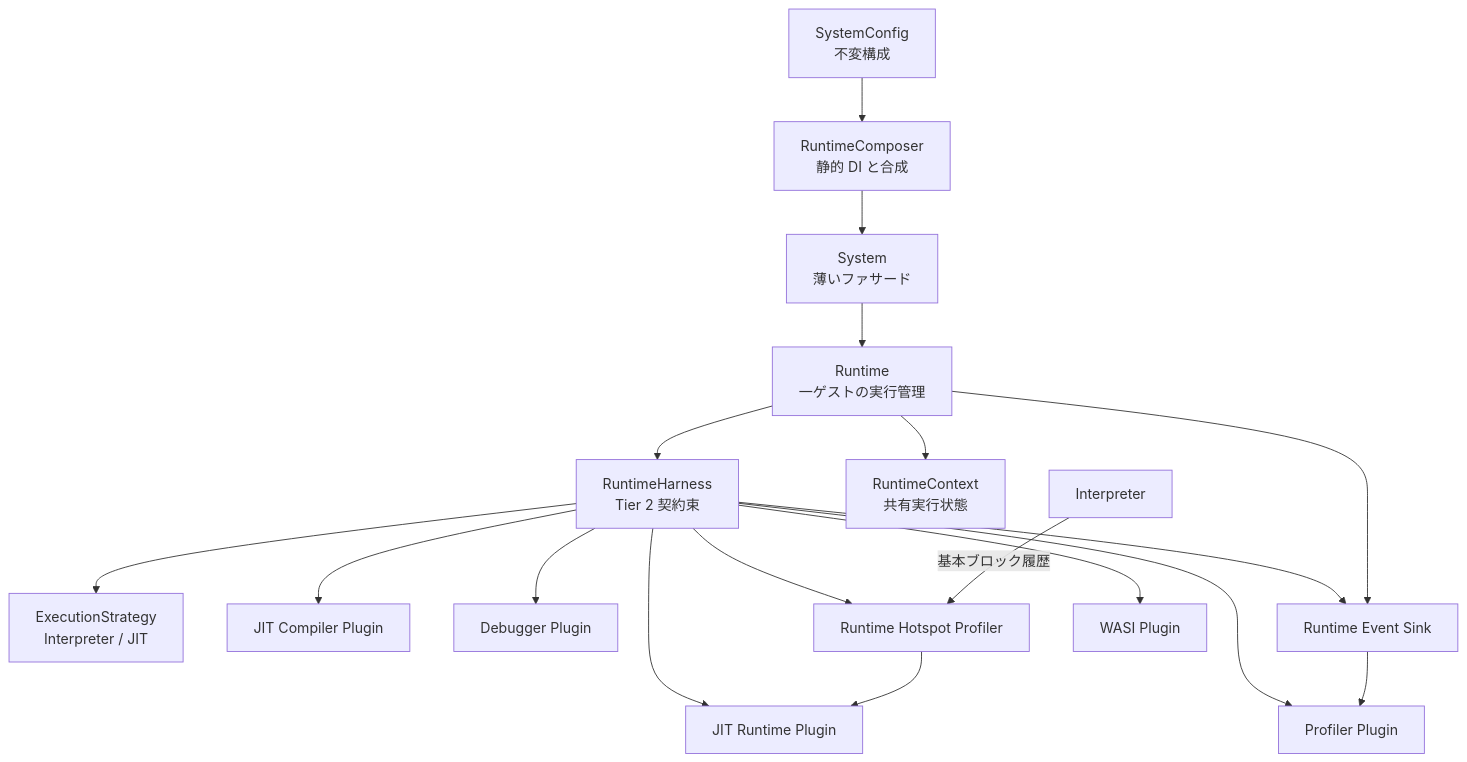
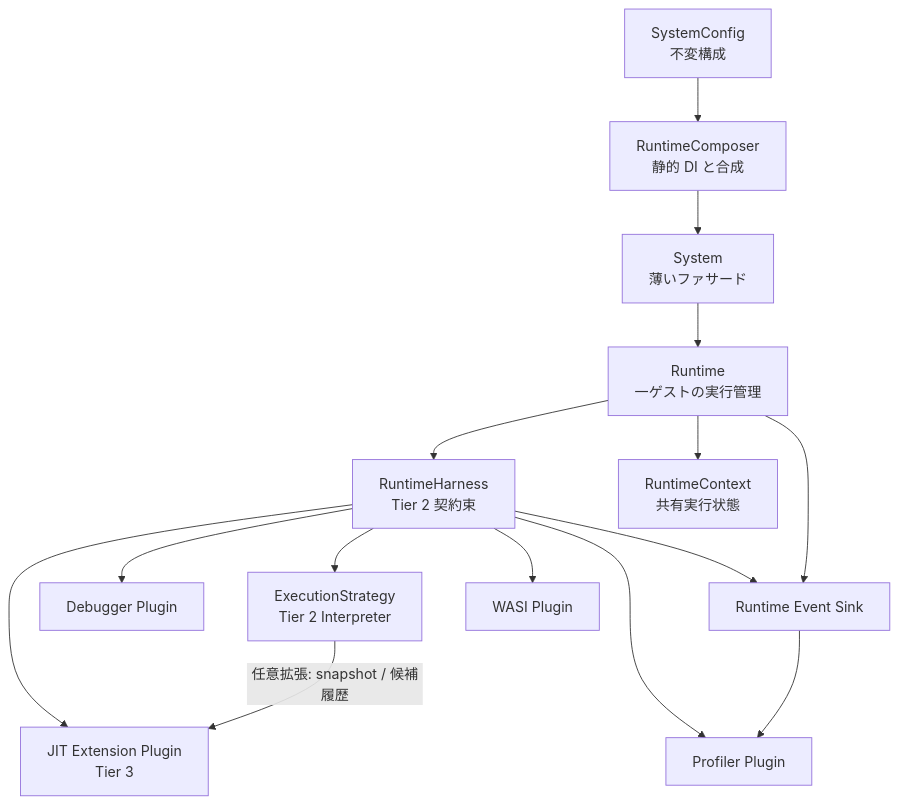
One commit to kmt-t/fireball changed the first of 2 diagrams in docs/components/tier2_runtime/runtime_plugin_architecture.md. Above: the diagram before and after it, drawn with Mermaid. The commit also changed other lines of this file and 354 other files, not shown here.

````diff
--- a/docs/components/tier2_runtime/runtime_plugin_architecture.md
+++ b/docs/components/tier2_runtime/runtime_plugin_architecture.md
@@ -49,20 +46,17 @@
 ```mermaid
 graph TD
     Config[SystemConfig<br/>不変構成] --> Composer[RuntimeComposer<br/>静的 DI と合成]
     Composer --> System[System<br/>薄いファサード]
     System --> Runtime[Runtime<br/>一ゲストの実行管理]
     Runtime --> Harness[RuntimeHarness<br/>Tier 2 契約束]
-    Harness --> Exec[ExecutionStrategy<br/>Interpreter / JIT]
-    Harness --> JitRuntime[JIT Runtime Plugin]
-    Harness --> JitCompiler[JIT Compiler Plugin]
+    Harness --> Exec[ExecutionStrategy<br/>Tier 2 Interpreter]
+    Harness --> JitRuntime[JIT Extension Plugin<br/>Tier 3]
     Harness --> Debugger[Debugger Plugin]
     Harness --> Profiler[Profiler Plugin]
     Harness --> EventSink[Runtime Event Sink]
-    Harness --> Hotspot[Runtime Hotspot Profiler]
     Harness --> Wasi[WASI Plugin]
     Runtime --> Context[RuntimeContext<br/>共有実行状態]
     Runtime --> EventSink
     EventSink --> Profiler
-    Interpreter -->|基本ブロック履歴| Hotspot
-    Hotspot --> JitRuntime
+    Exec -->|任意拡張: snapshot / 候補履歴| JitRuntime
 ```
````
